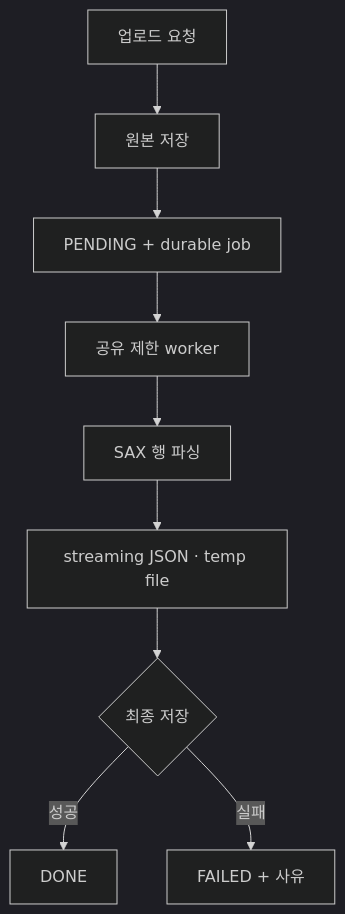
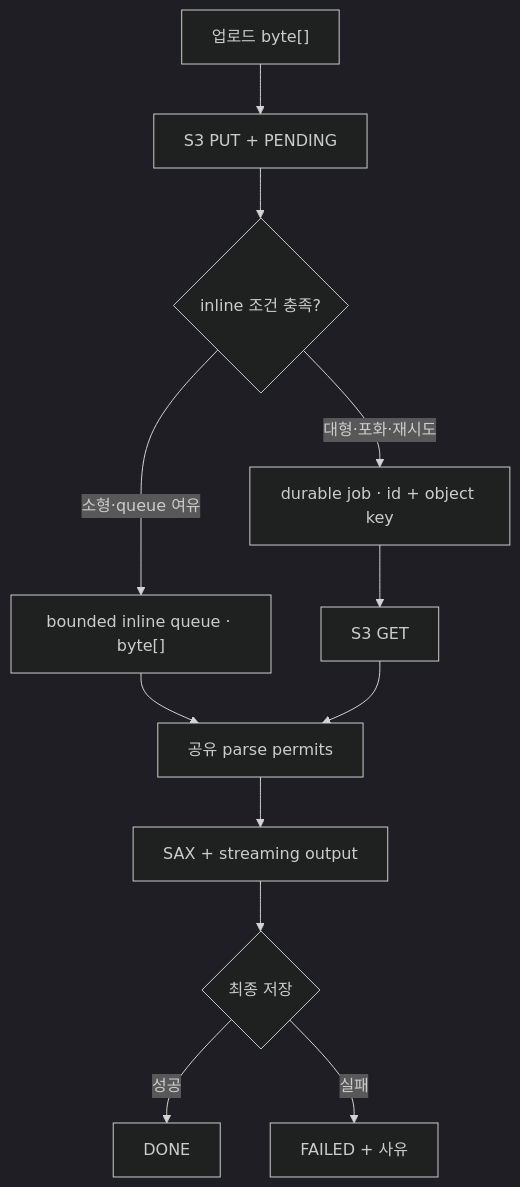
The fifth of 5 diagrams in README.md (Joooooonha/excel-streaming-parser-study), drawn with Mermaid (dark theme) before and after one commit. The commit also changed other lines of this file, not shown here.

Commit message:
docs: align Excel study with bounded inline reuse

````diff
--- a/README.md
+++ b/README.md
@@ -233,11 +233,14 @@
 ```mermaid
 flowchart TD
-    A["업로드 요청"] --> B["원본 저장"]
-    B --> C["PENDING + durable job"]
-    C --> D["공유 제한 worker"]
-    D --> E["SAX 행 파싱"]
-    E --> F["streaming JSON · temp file"]
-    F --> G{"최종 저장"}
-    G -->|성공| H["DONE"]
-    G -->|실패| I["FAILED + 사유"]
+    A["업로드 byte[]"] --> B["S3 PUT + PENDING"]
+    B --> C{"inline 조건 충족?"}
+    C -->|소형·queue 여유| D["bounded inline queue · byte[]"]
+    C -->|대형·포화·재시도| E["durable job · id + object key"]
+    E --> F["S3 GET"]
+    D --> G["공유 parse permits"]
+    F --> G
+    G --> H["SAX + streaming output"]
+    H --> I{"최종 저장"}
+    I -->|성공| J["DONE"]
+    I -->|실패| K["FAILED + 사유"]
 ```
````
